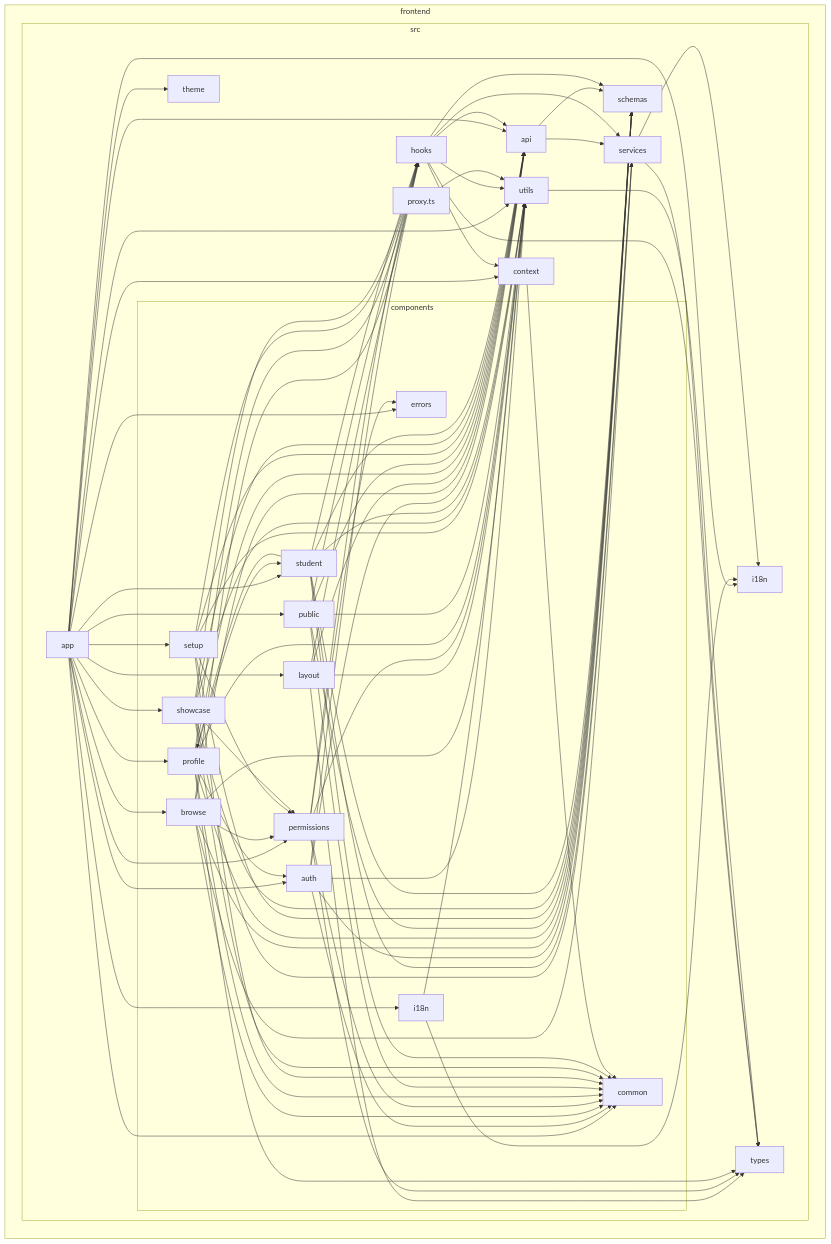
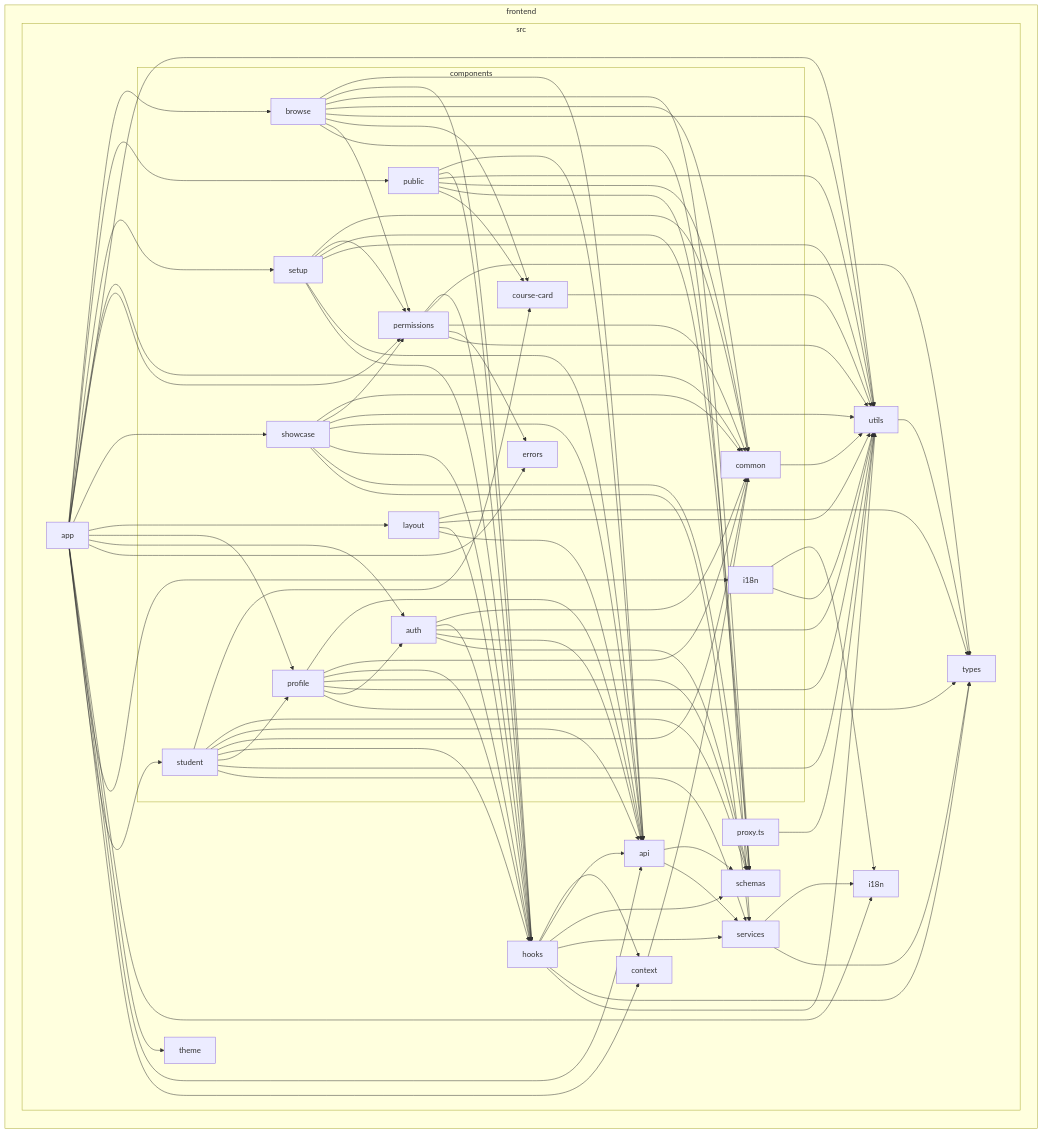
Before and after one commit to Yazdani1/Ed-Tech-Learning-Platforms: the diagram in docs/dependency-graph.md, drawn with Mermaid. The commit also changed 326 other files, not shown here.

```diff
--- a/docs/dependency-graph.md
+++ b/docs/dependency-graph.md
@@ -16,6 +16,7 @@
       frontend_src_components_auth["auth"]
       frontend_src_components_browse["browse"]
       frontend_src_components_common["common"]
+      frontend_src_components_course_card["course-card"]
       frontend_src_components_errors["errors"]
       frontend_src_components_i18n["i18n"]
       frontend_src_components_layout["layout"]
@@ -66,8 +67,11 @@
 frontend_src_components_browse-->frontend_src_schemas
 frontend_src_components_browse-->frontend_src_components_common
 frontend_src_components_browse-->frontend_src_utils
+frontend_src_components_browse-->frontend_src_components_course_card
 frontend_src_components_browse-->frontend_src_components_permissions
 frontend_src_components_browse-->frontend_src_services
+frontend_src_components_common-->frontend_src_utils
+frontend_src_components_course_card-->frontend_src_utils
 frontend_src_components_i18n-->frontend_src_i18n
 frontend_src_components_i18n-->frontend_src_utils
 frontend_src_components_layout-->frontend_src_types
@@ -82,16 +86,16 @@
 frontend_src_components_profile-->frontend_src_api
 frontend_src_components_profile-->frontend_src_components_common
 frontend_src_components_profile-->frontend_src_hooks
-frontend_src_components_profile-->frontend_src_components_student
 frontend_src_components_profile-->frontend_src_schemas
+frontend_src_components_profile-->frontend_src_utils
 frontend_src_components_profile-->frontend_src_components_auth
 frontend_src_components_profile-->frontend_src_types
-frontend_src_components_profile-->frontend_src_utils
 frontend_src_components_public-->frontend_src_api
 frontend_src_components_public-->frontend_src_hooks
 frontend_src_components_public-->frontend_src_utils
 frontend_src_components_public-->frontend_src_components_common
 frontend_src_components_public-->frontend_src_schemas
+frontend_src_components_public-->frontend_src_components_course_card
 frontend_src_components_setup-->frontend_src_components_common
 frontend_src_components_setup-->frontend_src_components_permissions
 frontend_src_components_setup-->frontend_src_schemas
@@ -105,6 +109,7 @@
 frontend_src_components_showcase-->frontend_src_hooks
 frontend_src_components_showcase-->frontend_src_schemas
 frontend_src_components_showcase-->frontend_src_services
+frontend_src_components_student-->frontend_src_components_course_card
 frontend_src_components_student-->frontend_src_schemas
 frontend_src_components_student-->frontend_src_api
 frontend_src_components_student-->frontend_src_components_common
```
